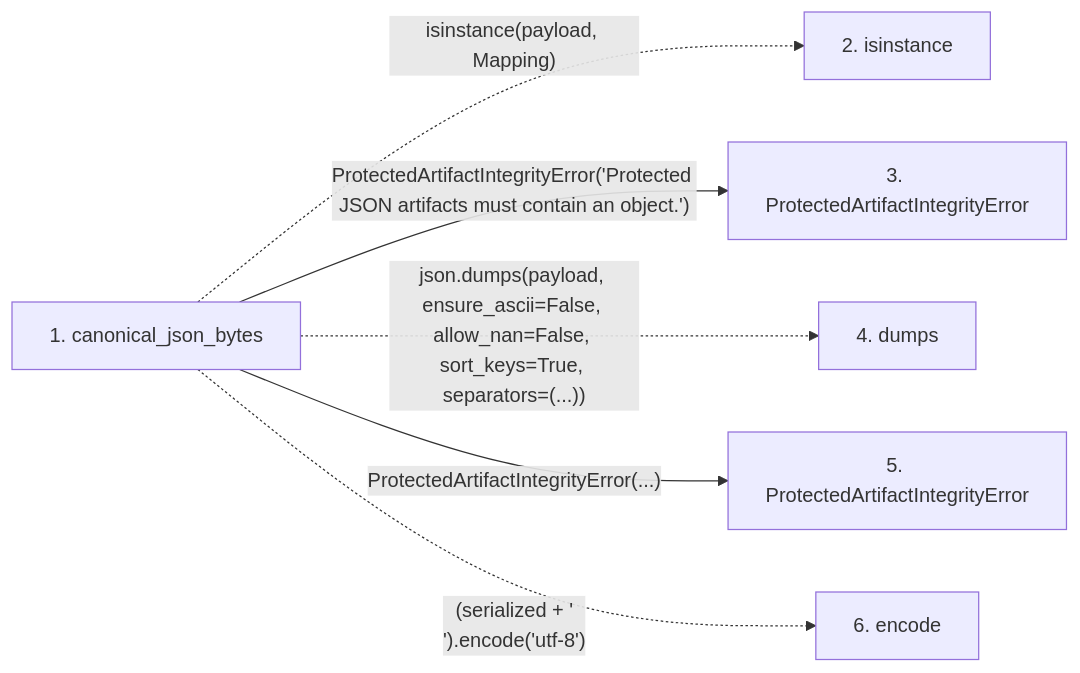
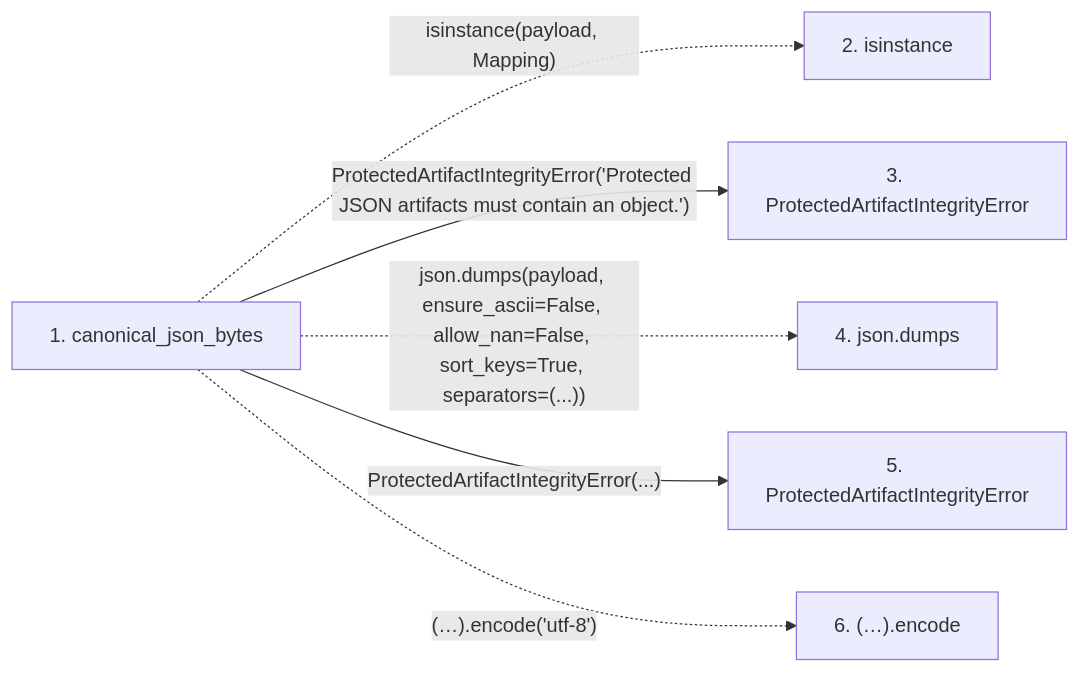
Before and after one commit to Denissvgn/python-wiki-llm: the second of 2 diagrams in docs/llm_wiki/flows/api-canonical_json_bytes-protected_artifacts.md, drawn with Mermaid. The commit also changed other lines of this file and 719 other files, not shown here.

````diff
--- a/docs/llm_wiki/flows/api-canonical_json_bytes-protected_artifacts.md
+++ b/docs/llm_wiki/flows/api-canonical_json_bytes-protected_artifacts.md
@@ -27,17 +27,17 @@
 ```mermaid
 flowchart LR
     s1["1. canonical_json_bytes"]
     s2["2. isinstance"]
     s3["3. ProtectedArtifactIntegrityError"]
-    s4["4. dumps"]
+    s4["4. json.dumps"]
     s5["5. ProtectedArtifactIntegrityError"]
-    s6["6. encode"]
+    s6["6. (…).encode"]
     s1 -. "isinstance(payload, Mapping)" .-> s2
     s1 -->|"ProtectedArtifactIntegrityError('Protected JSON artifacts must contain an object.')"| s3
     s1 -. "json.dumps(payload, ensure_ascii=False, allow_nan=False, sort_keys=True, separators=(...))" .-> s4
     s1 -->|"ProtectedArtifactIntegrityError(...)"| s5
-    s1 -. "(serialized + '\n').encode('utf-8')" .-> s6
+    s1 -. "(…).encode('utf-8')" .-> s6
     click s1 "../modules/protected_artifacts.md"
     click s3 "../modules/protected_artifacts.md"
     click s5 "../modules/protected_artifacts.md"
 ```
````
